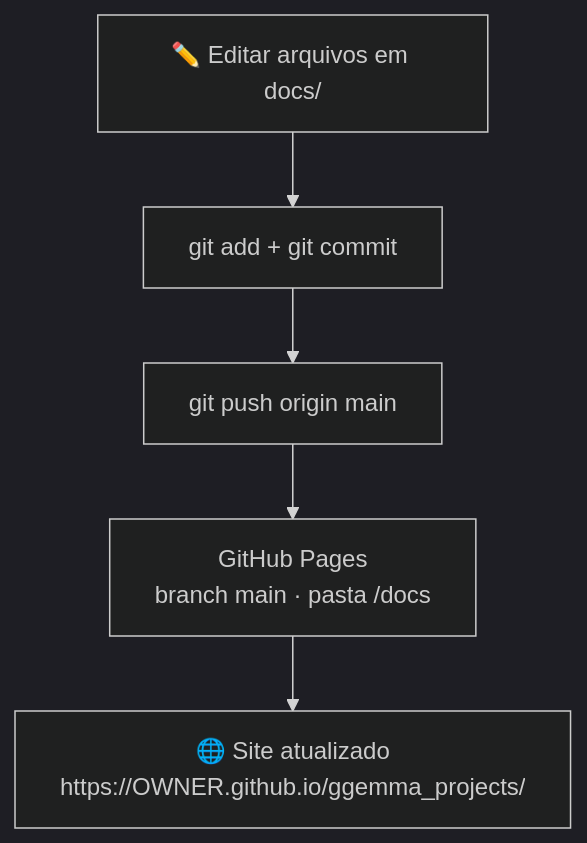
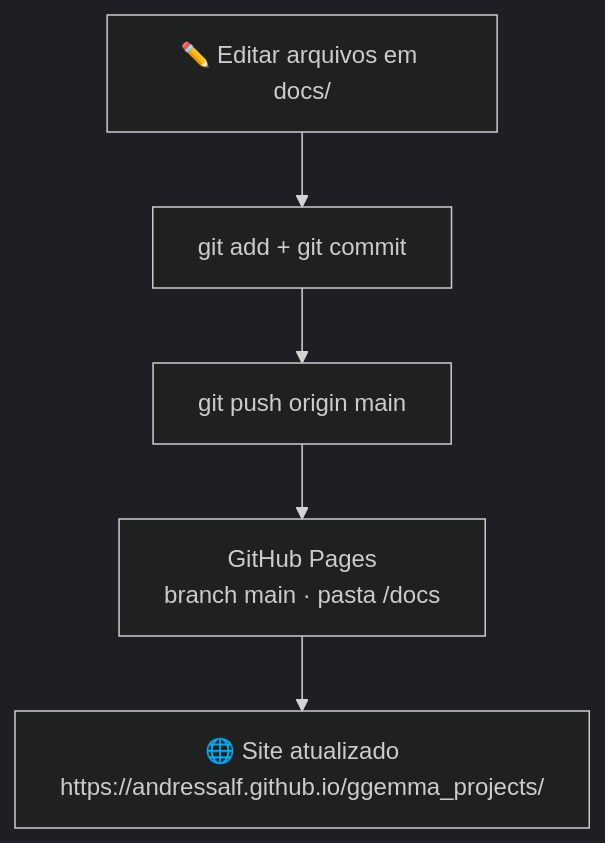
One commit to AndressaLF/ggemma_projects changed the second of 2 diagrams in README.md. Above: the diagram before and after it, drawn with Mermaid (dark theme). The commit also changed other lines of this file and 5 other files, not shown here.

````diff
--- a/README.md
+++ b/README.md
@@ -229,7 +229,7 @@
 ```mermaid
 flowchart TD
   E["✏️ Editar arquivos em docs/"] --> F["git add + git commit"]
   F --> G["git push origin main"]
   G --> H["GitHub Pages<br/>branch main · pasta /docs"]
-  H --> I["🌐 Site atualizado<br/>https://OWNER.github.io/ggemma_projects/"]
+  H --> I["🌐 Site atualizado<br/>https://andressalf.github.io/ggemma_projects/"]
 ```
````
